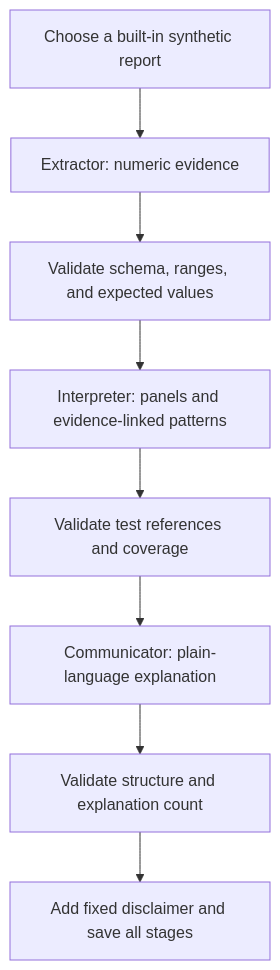
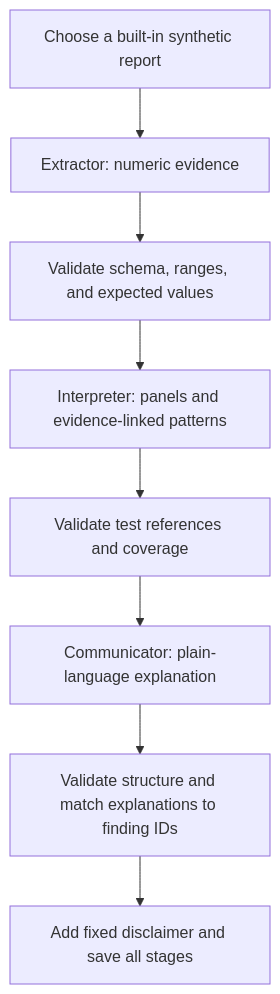
Before and after one commit to Aagamsheth0601/medreport-summarizer: the diagram in README.md, drawn with Mermaid. The commit also changed other lines of this file and 7 other files, not shown here.

First line of the commit message:
Validate finding explanations and migrate Gemini default (#6)

````diff
--- a/README.md
+++ b/README.md
@@ -58,10 +58,10 @@
 ```mermaid
 flowchart TD
     A[Choose a built-in synthetic report] --> B[Extractor: numeric evidence]
     B --> C[Validate schema, ranges, and expected values]
     C --> D[Interpreter: panels and evidence-linked patterns]
     D --> E[Validate test references and coverage]
     E --> F[Communicator: plain-language explanation]
-    F --> G[Validate structure and explanation count]
+    F --> G[Validate structure and match explanations to finding IDs]
     G --> H[Add fixed disclaimer and save all stages]
 ```
````
